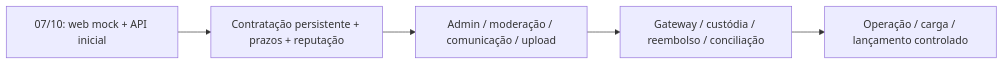
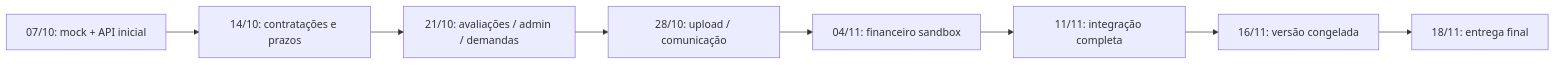
One commit to fabiolrocha/FreeLanceNow changed the diagram in docs/roadmap.md. Above: the diagram before and after it, drawn with Mermaid. The commit also changed other lines of this file and 5 other files, not shown here.

Commit message:
docs: planejar etapas e entrega final ate 18 de novembro

````diff
--- a/docs/roadmap.md
+++ b/docs/roadmap.md
@@ -27,7 +63,10 @@
 ```mermaid
 flowchart LR
-  M1[07/10: web mock + API inicial] --> M2[Contratação persistente + prazos + reputação]
-  M2 --> M3[Admin / moderação / comunicação / upload]
-  M3 --> M4[Gateway / custódia / reembolso / conciliação]
-  M4 --> M5[Operação / carga / lançamento controlado]
+  M1[07/10: mock + API inicial] --> M2[14/10: contratações e prazos]
+  M2 --> M3[21/10: avaliações / admin / demandas]
+  M3 --> M4[28/10: upload / comunicação]
+  M4 --> M5[04/11: financeiro sandbox]
+  M5 --> M6[11/11: integração completa]
+  M6 --> M7[16/11: versão congelada]
+  M7 --> M8[18/11: entrega final]
 ```
````
